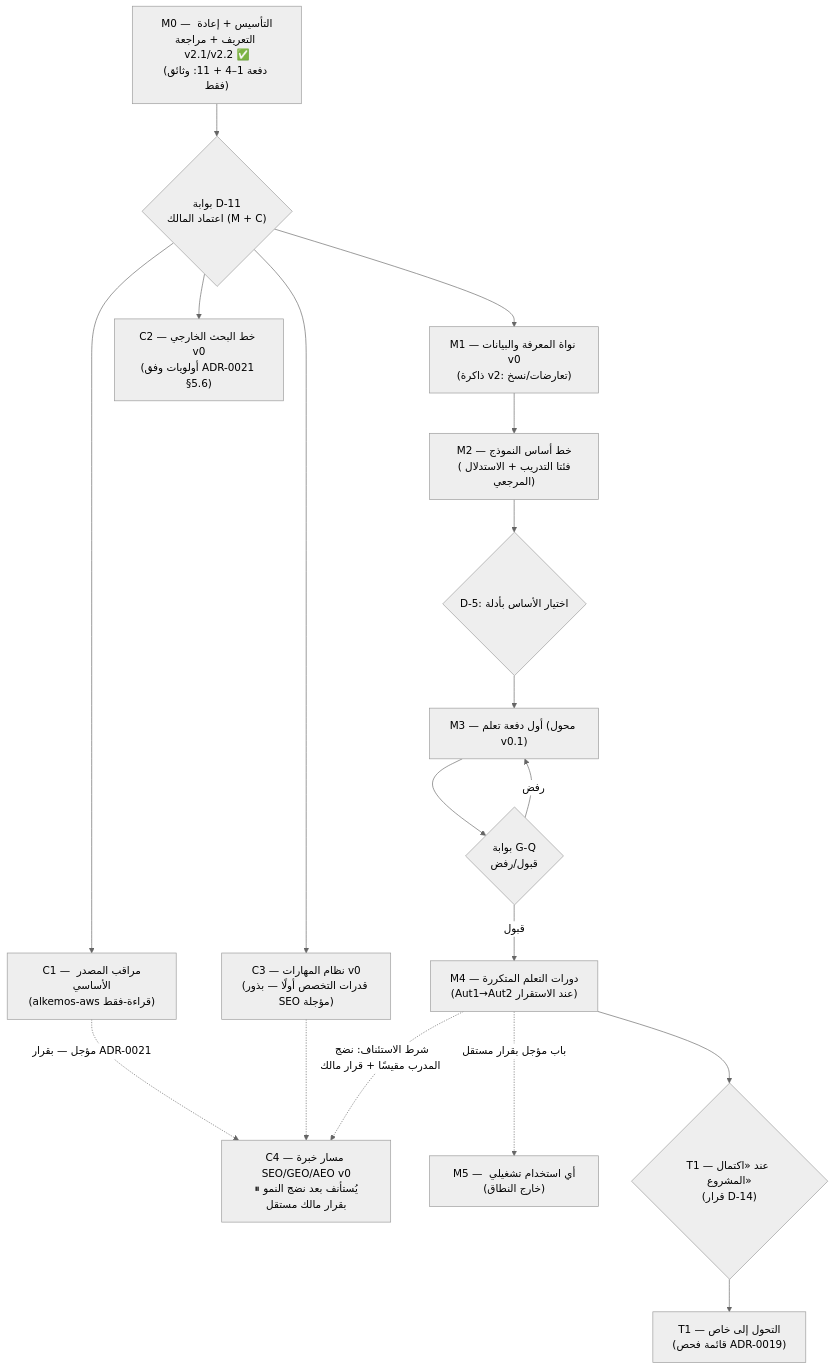
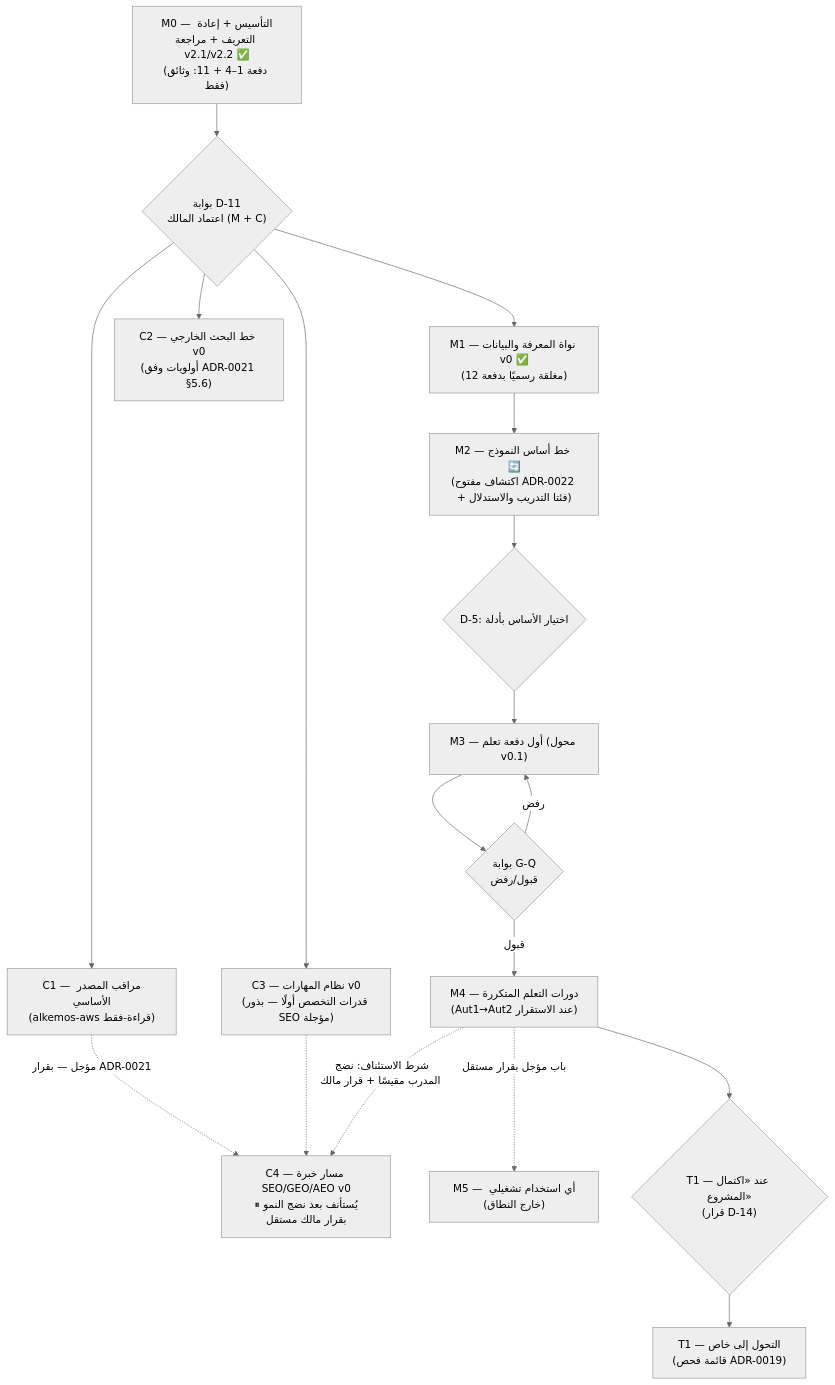
The diagram in MASTER_ROADMAP.md (muscleshubfit-cpu/AlkemosAI), drawn with Mermaid (neutral theme) before and after one commit. The commit also changed other lines of this file and 6 other files, not shown here.

````diff
--- a/MASTER_ROADMAP.md
+++ b/MASTER_ROADMAP.md
@@ -10,21 +10,21 @@
 ```mermaid
 graph TD
   M0["M0 — التأسيس + إعادة التعريف + مراجعة v2.1/v2.2 ✅<br/>(دفعة 1–4 + 11: وثائق فقط)"] --> G11{"بوابة D-11<br/>اعتماد المالك (M + C)"}
-  G11 --> M1["M1 — نواة المعرفة والبيانات v0<br/>(ذاكرة v2: تعارضات/نسخ)"]
+  G11 --> M1["M1 — نواة المعرفة والبيانات v0 ✅<br/>(مغلقة رسميًا بدفعة 12)"]
   G11 --> C1["C1 — مراقب المصدر الأساسي<br/>(alkemos-aws قراءة-فقط)"]
   G11 --> C2["C2 — خط البحث الخارجي v0<br/>(أولويات وفق ADR-0021 §5.6)"]
   G11 --> C3["C3 — نظام المهارات v0<br/>(قدرات التخصص أولًا — بذور SEO مؤجلة)"]
   C1 -.->|مؤجل — بقرار ADR-0021| C4["C4 — مسار خبرة SEO/GEO/AEO v0<br/>⏸ يُستأنف بعد نضج النمو<br/>بقرار مالك مستقل"]
   C3 -.-> C4
-  M1 --> M2["M2 — خط أساس النموذج<br/>(فئتا التدريب + الاستدلال المرجعي)"]
+  M1 --> M2["M2 — خط أساس النموذج 🔄<br/>(اكتشاف مفتوح ADR-0022 + فئتا التدريب والاستدلال)"]
   M2 --> D5{"D-5: اختيار الأساس بأدلة"}
   D5 --> M3["M3 — أول دفعة تعلم (محول v0.1)"]
   M3 --> GQ{"بوابة G-Q<br/>قبول/رفض"}
   GQ -->|قبول| M4["M4 — دورات التعلم المتكررة<br/>(Aut1→Aut2 عند الاستقرار)"]
   GQ -->|رفض| M3
   M4 -.->|باب مؤجل بقرار مستقل| M5["M5 — أي استخدام تشغيلي (خارج النطاق)"]
   M4 --> T1d{"T1 — عند «اكتمال المشروع»<br/>(قرار D-14)"}
   T1d --> T1["T1 — التحول إلى خاص<br/>(قائمة فحص ADR-0019)"]
   M4 -.->|شرط الاستئناف: نضج المدرب مقيسًا + قرار مالك| C4
 
 ```
````
